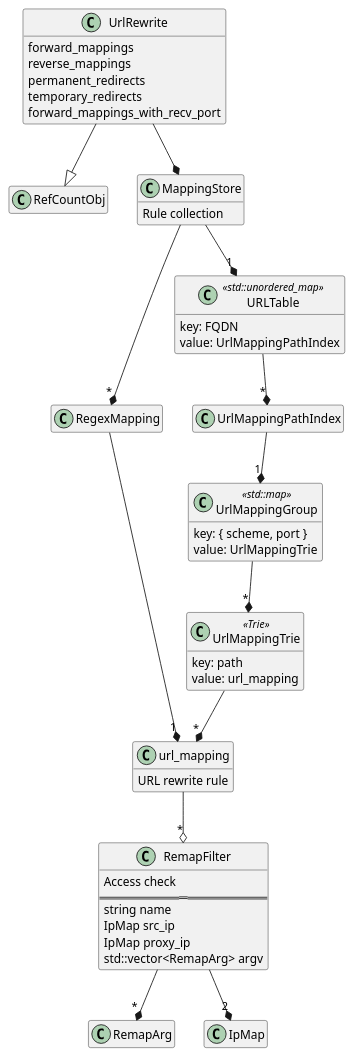
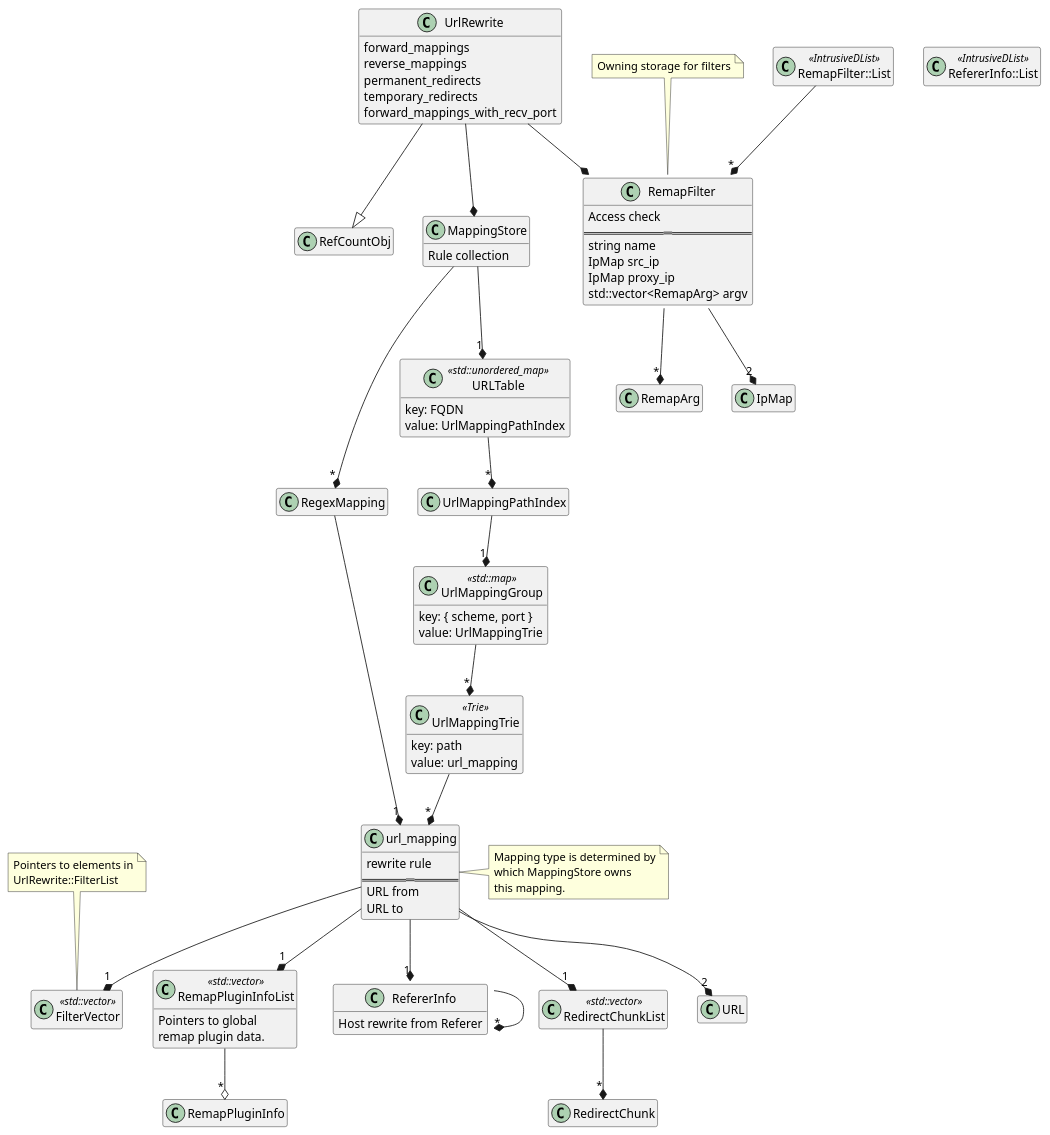
The diagram in doc/uml/url-rewrite.plantuml (apache/trafficserver), drawn with PlantUML before and after one commit. The commit also changed 15 other files, not shown here.

```diff
--- a/doc/uml/url-rewrite.plantuml
+++ b/doc/uml/url-rewrite.plantuml
@@ -8,67 +8,107 @@
 @startuml
 
 hide empty members
 
 class UrlRewrite  {
   forward_mappings
   reverse_mappings
   permanent_redirects
   temporary_redirects
   forward_mappings_with_recv_port
 }
 
 UrlRewrite --|> RefCountObj
 UrlRewrite --* MappingStore
+UrlRewrite --* RemapFilter::List
+note top: Owning storage for filters
+class RemapFilter::List << IntrusiveDList >> {
+}
+RemapFilter::List --* "*" RemapFilter
 
 class MappingStore {
   Rule collection
 }
 
 MappingStore --* "*" RegexMapping
 MappingStore --* "1" URLTable
 
 class URLTable <<std::unordered_map>> {
   key: FQDN
   value: UrlMappingPathIndex
 }
 
 URLTable --* "*" UrlMappingPathIndex
 
 class RemapFilter {
   Access check
   ============
   string name
   IpMap src_ip
   IpMap proxy_ip
   std::vector<RemapArg> argv
 }
 
 RemapFilter --* "*" RemapArg
 RemapFilter --* "2" IpMap
 
 class url_mapping {
-  URL rewrite rule
+  rewrite rule
+  ================
+  URL from
+  URL to
+}
+note right: Mapping type is determined by\nwhich MappingStore owns\nthis mapping.
+
+url_mapping --* "1" FilterVector
+note top: Pointers to elements in\nUrlRewrite::FilterList
+
+class FilterVector << std::vector >> {
 }
 
-url_mapping --o "*" RemapFilter
+url_mapping --* "1" RemapPluginInfoList
+url_mapping --* "1" RefererInfo::List
+url_mapping --* "1" RedirectChunkList
+url_mapping --* "2" URL
+
+class RemapPluginInfoList << std::vector >> {
+  Pointers to global
+  remap plugin data.
+}
+RemapPluginInfoList --o "*" RemapPluginInfo
+
+class RedirectChunkList << std::vector >> {
+}
+RedirectChunkList --* "*" RedirectChunk
+
+RefererInfo::List --* "*" RefererInfo
+
+class RefererInfo::List << IntrusiveDList >> {
+}
+
+class RefererInfo {
+  Host rewrite from Referer
+}
+
+class RedirectChunk {
+}
 
 class UrlMappingPathIndex {
 }
 
 class UrlMappingTrie << Trie >> {
   key: path
   value: url_mapping
 }
 
 class UrlMappingGroup << std::map >> {
   key: { scheme, port }
   value: UrlMappingTrie
 }
 
 UrlMappingPathIndex --* "1" UrlMappingGroup
 UrlMappingGroup --* "*" UrlMappingTrie
 UrlMappingTrie --* "*" url_mapping
 
 RegexMapping --* "1" url_mapping
 
 @enduml
```
